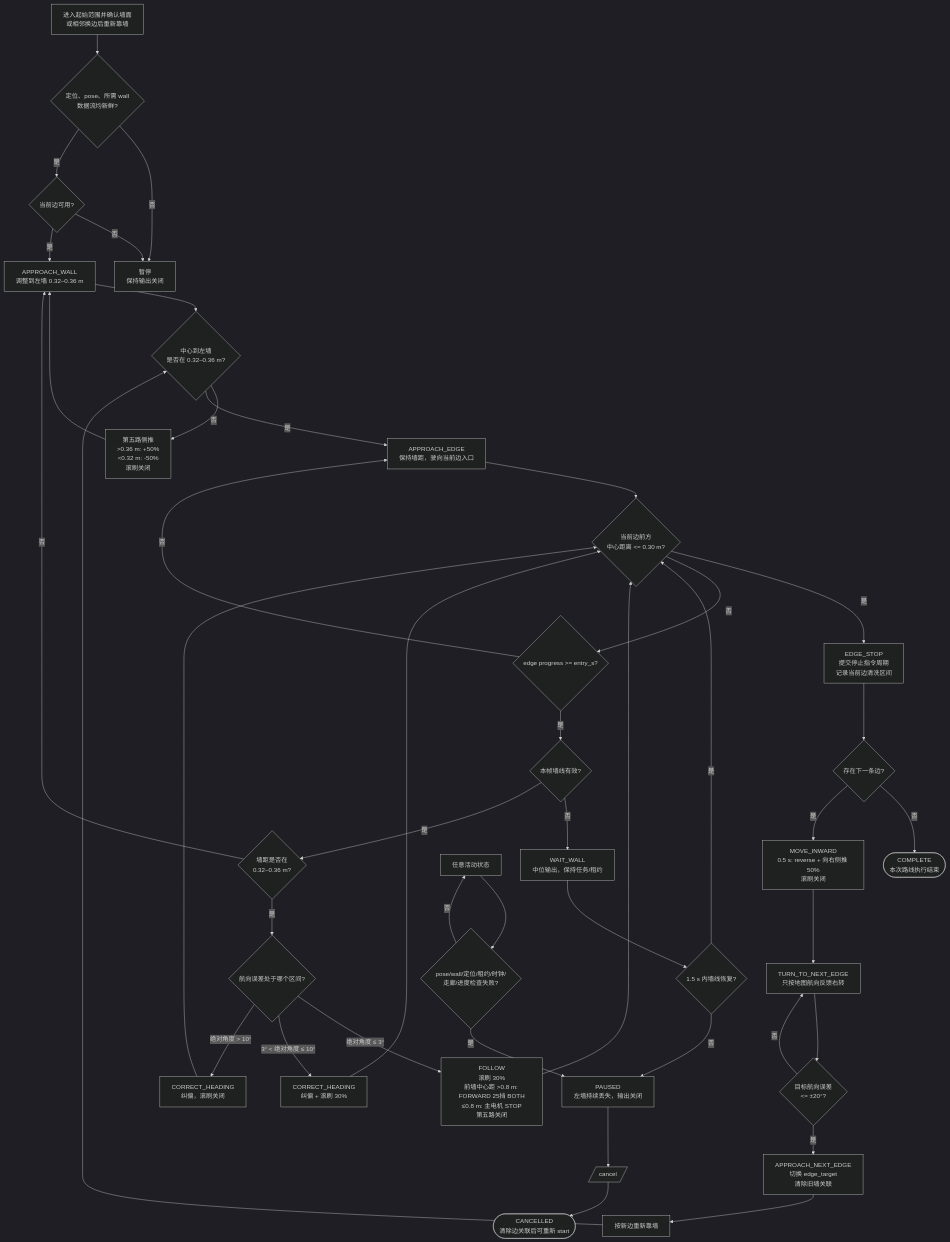
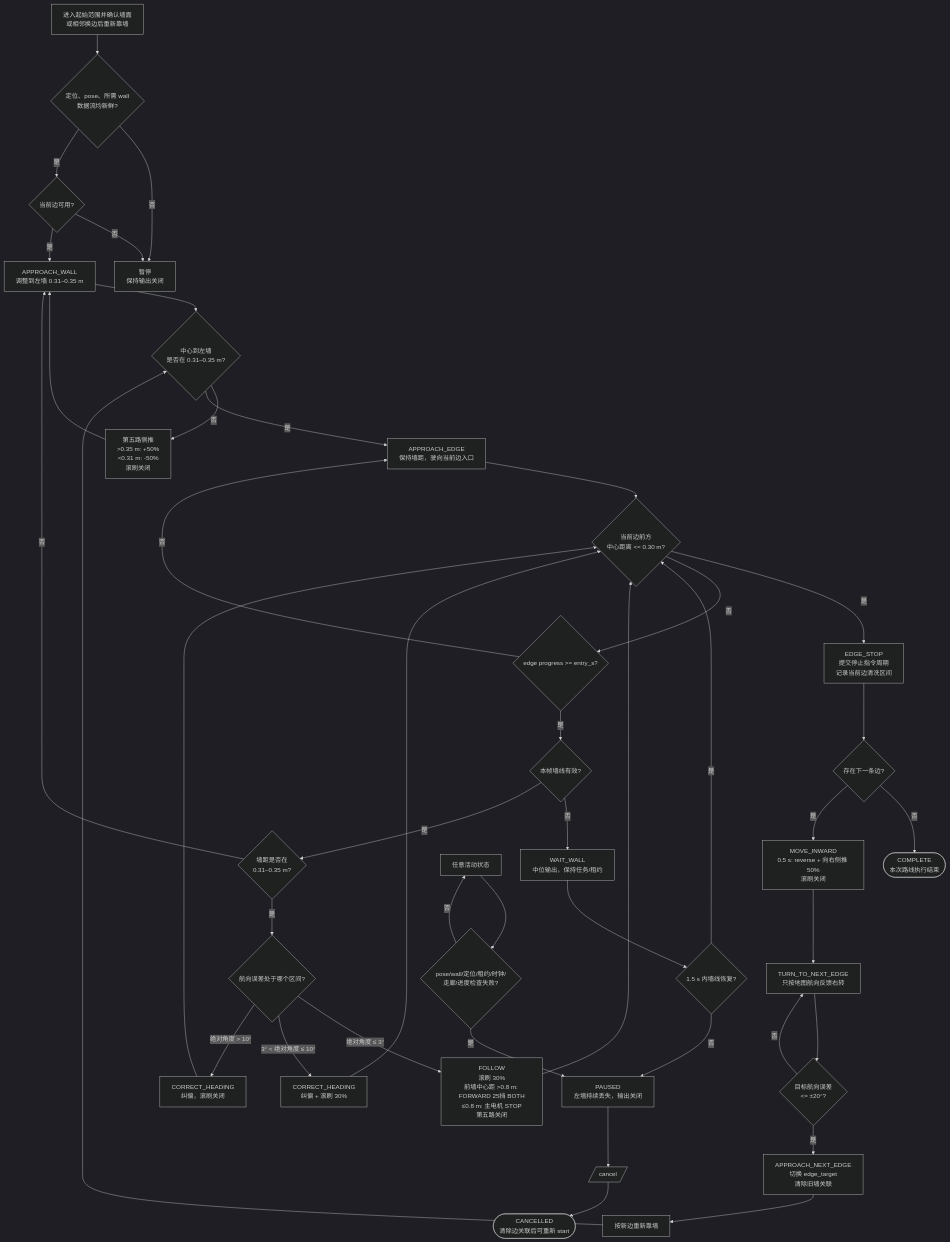
One commit to YYYKblue/surface_robot changed the second of 2 diagrams in docs/pool_cleaning/WALL_CLEANING_FLOW.md. Above: the diagram before and after it, drawn with Mermaid (dark theme). The commit also changed other lines of this file and 17 other files, not shown here.

````diff
--- a/docs/pool_cleaning/WALL_CLEANING_FLOW.md
+++ b/docs/pool_cleaning/WALL_CLEANING_FLOW.md
@@ -64,51 +64,51 @@
 ```mermaid
 flowchart TD
     READY[进入起始范围并确认墙面\n或相邻换边后重新靠墙] --> CHECK{定位、pose、所需 wall\n数据流均新鲜?}
     CHECK -- 否 --> REJECT[暂停\n保持输出关闭]
     CHECK -- 是 --> SELECT{当前边可用?}
     SELECT -- 否 --> REJECT
-    SELECT -- 是 --> AW[APPROACH_WALL\n调整到左墙 0.32–0.36 m]
+    SELECT -- 是 --> AW[APPROACH_WALL\n调整到左墙 0.31–0.35 m]
 
-    AW --> D{中心到左墙\n是否在 0.32–0.36 m?}
-    D -- 否 --> SIDE[第五路侧推\n>0.36 m: +50%\n<0.32 m: -50%\n滚刷关闭]
+    AW --> D{中心到左墙\n是否在 0.31–0.35 m?}
+    D -- 否 --> SIDE[第五路侧推\n>0.35 m: +50%\n<0.31 m: -50%\n滚刷关闭]
     SIDE --> AW
     D -- 是 --> AE[APPROACH_EDGE\n保持墙距，驶向当前边入口]
 
     AE --> FRONT
     FRONT{当前边前方\n中心距离 <= 0.30 m?}
     FRONT -- 是 --> ESTOP[EDGE_STOP\n提交停止指令周期\n记录当前边清洗区间]
     FRONT -- 否 --> ENTRY{edge progress >= entry_s?}
     ENTRY -- 否 --> AE
     ENTRY -- 是 --> WALL{本帧墙线有效?}
 
     WALL -- 否 --> WAIT[WAIT_WALL\n中位输出，保持任务/租约]
-    WALL -- 是 --> DIST{墙距是否在\n0.32–0.36 m?}
+    WALL -- 是 --> DIST{墙距是否在\n0.31–0.35 m?}
     DIST -- 否 --> AW
     DIST -- 是 --> HEADING{航向误差处于哪个区间?}
     HEADING -- 绝对角度 ≤ 3° --> FOLLOW[FOLLOW\n滚刷 30%\n前墙中心距 >0.8 m: FORWARD 25挡 BOTH\n≤0.8 m: 主电机 STOP\n第五路关闭]
     HEADING -- 3° < 绝对角度 ≤ 10° --> CORRECT1[CORRECT_HEADING\n纠偏 + 滚刷 30%]
     HEADING -- 绝对角度 > 10° --> CORRECT2[CORRECT_HEADING\n纠偏，滚刷关闭]
     FOLLOW --> FRONT
     CORRECT1 --> FRONT
     CORRECT2 --> FRONT
 
     WAIT --> RECOVER{1.5 s 内墙线恢复?}
     RECOVER -- 是 --> FRONT
     RECOVER -- 否 --> PAUSE[PAUSED\n左墙持续丢失，输出关闭]
 
     ESTOP --> NEXT{存在下一条边?}
     NEXT -- 否 --> COMPLETE([COMPLETE\n本次路线执行结束])
     NEXT -- 是 --> MI[MOVE_INWARD\n0.5 s: reverse + 向右侧推 50%\n滚刷关闭]
     MI --> TURN[TURN_TO_NEXT_EDGE\n只按地图航向反馈右转]
     TURN --> YAW{目标航向误差\n<= ±20°?}
     YAW -- 否 --> TURN
     YAW -- 是 --> AN[APPROACH_NEXT_EDGE\n切换 edge_target\n清除旧墙关联]
     AN --> AW2[按新边重新靠墙]
     AW2 --> D
 
     WATCH[任意活动状态] --> FAULT{pose/wall/定位/租约/时钟/\n走廊/进度检查失败?}
     FAULT -- 是 --> PAUSE
     FAULT -- 否 --> WATCH
     PAUSE --> CANCEL[/cancel/]
     CANCEL --> IDLE2([CANCELLED\n清除边关联后可重新 start])
 ```
````
